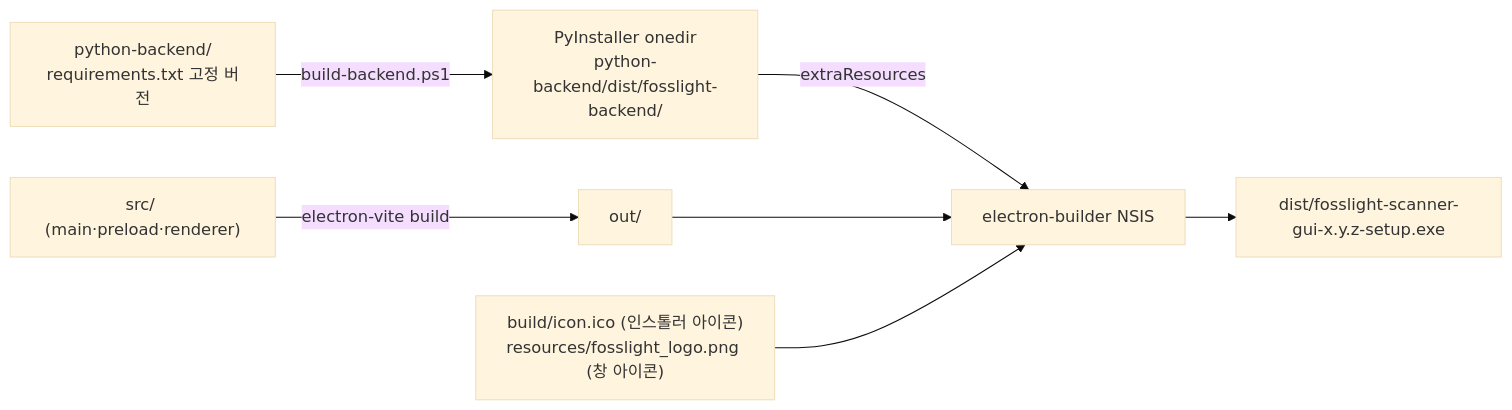
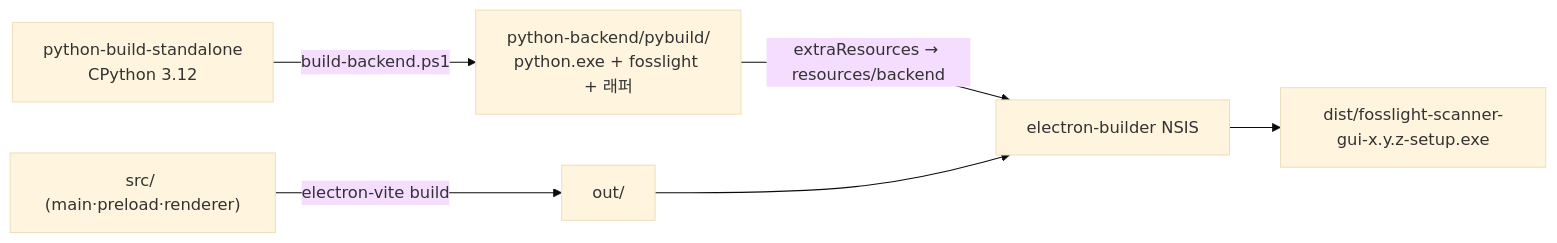
The diagram in docs/05-build-and-release.md (fosslight/fosslight_scanner_gui), drawn with Mermaid (base theme) before and after one commit. The commit also changed other lines of this file and 8 other files, not shown here.

````diff
--- a/docs/05-build-and-release.md
+++ b/docs/05-build-and-release.md
@@ -40,9 +51,8 @@
 ```mermaid
 flowchart LR
-    A["python-backend/<br/>requirements.txt 고정 버전"] -->|build-backend.ps1| B["PyInstaller onedir<br/>python-backend/dist/fosslight-backend/"]
+    A["python-build-standalone<br/>CPython 3.12"] -->|build-backend.ps1| B["python-backend/pybuild/<br/>python.exe + fosslight + 래퍼"]
     C["src/ (main·preload·renderer)"] -->|electron-vite build| D["out/"]
-    B -->|extraResources| E["electron-builder NSIS"]
+    B -->|extraResources → resources/backend| E["electron-builder NSIS"]
     D --> E
-    F["build/icon.ico (인스톨러 아이콘)<br/>resources/fosslight_logo.png (창 아이콘)"] --> E
     E --> G["dist/fosslight-scanner-gui-x.y.z-setup.exe"]
 ```
````
